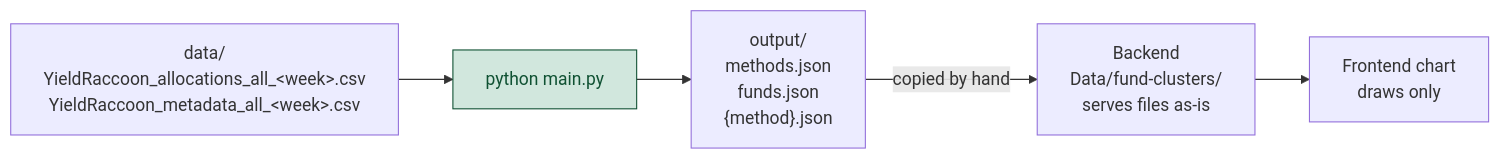
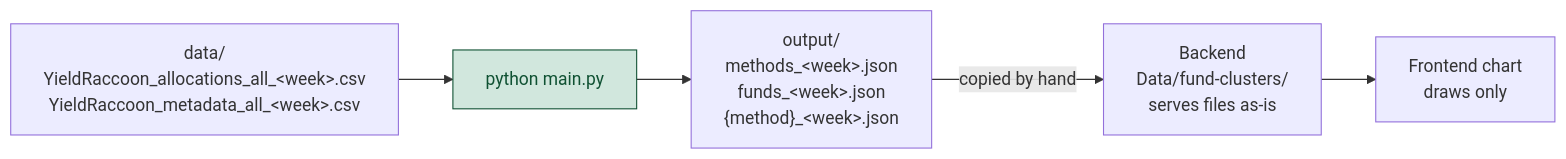
The diagram in FundClustering/README.md (Muhomorik/SemanticKernel-FundDocsQnA-dotnet-nextjs), drawn with Mermaid before and after one commit. The commit also changed other lines of this file and 12 other files, not shown here.

Commit message:
FundClustering: add ISO week to output file names.

````diff
--- a/FundClustering/README.md
+++ b/FundClustering/README.md
@@ -20,10 +20,10 @@
 ```mermaid
 flowchart LR
     CSV["data/<br/>YieldRaccoon_allocations_all_&lt;week&gt;.csv<br/>YieldRaccoon_metadata_all_&lt;week&gt;.csv"] --> Main["python main.py"]
-    Main --> Out["output/<br/>methods.json<br/>funds.json<br/>&lbrace;method&rbrace;.json"]
+    Main --> Out["output/<br/>methods_&lt;week&gt;.json<br/>funds_&lt;week&gt;.json<br/>&lbrace;method&rbrace;_&lt;week&gt;.json"]
     Out -->|"copied by hand"| BE["Backend<br/>Data/fund-clusters/<br/>serves files as-is"]
     BE --> FE["Frontend chart<br/>draws only"]
 
     classDef domain fill:#d1e7dd,stroke:#0f5132,color:#0f5132;
     class Main domain;
 ```
````
